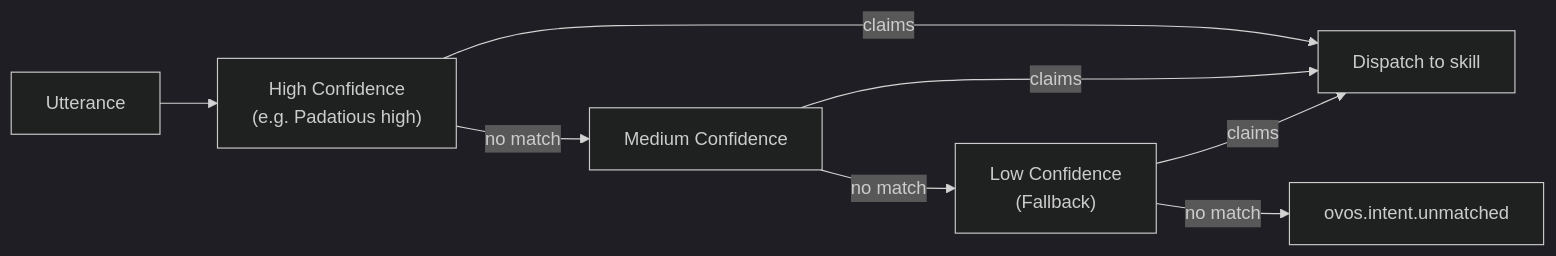
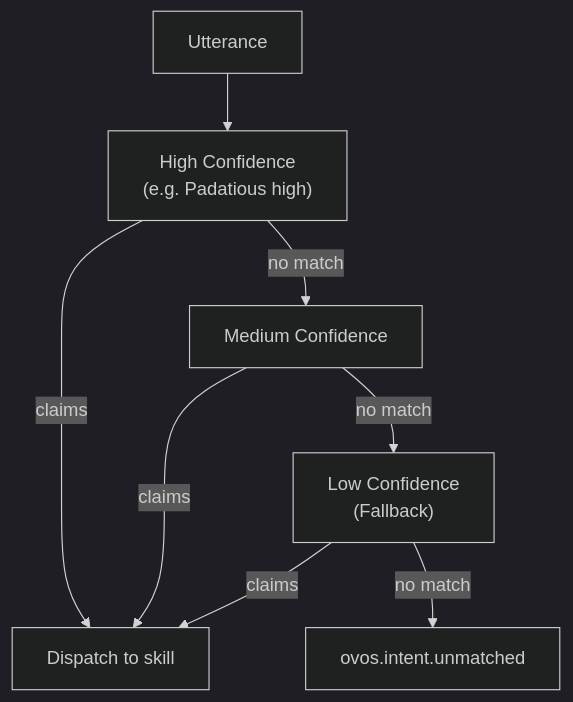
Before and after one commit to OpenVoiceOS/beta-technical-manual: the diagram in docs/pipelines-overview.md, drawn with Mermaid (dark theme). The commit also changed 19 other files, not shown here.

First line of the commit message:
docs: fit diagrams to the content column; arena live URL

````diff
--- a/docs/pipelines-overview.md
+++ b/docs/pipelines-overview.md
@@ -40,10 +40,10 @@
 ```mermaid
-flowchart LR
-    U[Utterance] --> H["High Confidence\n(e.g. Padatious high)"]
+flowchart TD
+    U[Utterance] --> H["High Confidence<br/>(e.g. Padatious high)"]
     H -- claims --> D1[Dispatch to skill]
     H -- no match --> M["Medium Confidence"]
     M -- claims --> D1
-    M -- no match --> L["Low Confidence\n(Fallback)"]
+    M -- no match --> L["Low Confidence<br/>(Fallback)"]
     L -- claims --> D1
     L -- no match --> UM[ovos.intent.unmatched]
 ```
````
